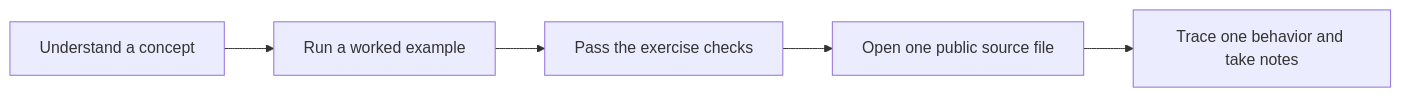
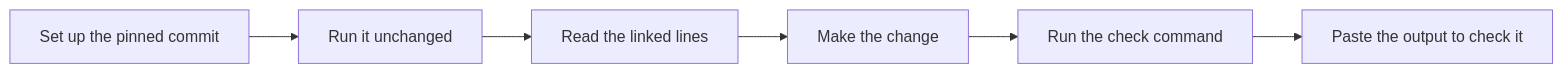
The diagram in docs/project-learning.md (ShmalexM/ml-workshop), drawn with Mermaid before and after one commit. The commit also changed other lines of this file and 1 other file, not shown here.

First line of the commit message:
Document hands-on projects, checks and project chests

````diff
--- a/docs/project-learning.md
+++ b/docs/project-learning.md
@@ -5,7 +5,8 @@
 ```mermaid
 flowchart LR
-  A[Understand a concept] --> B[Run a worked example]
-  B --> C[Pass the exercise checks]
-  C --> D[Open one public source file]
-  D --> E[Trace one behavior and take notes]
+  A[Set up the pinned commit] --> B[Run it unchanged]
+  B --> C[Read the linked lines]
+  C --> D[Make the change]
+  D --> E[Run the check command]
+  E --> F[Paste the output to check it]
 ```
````
